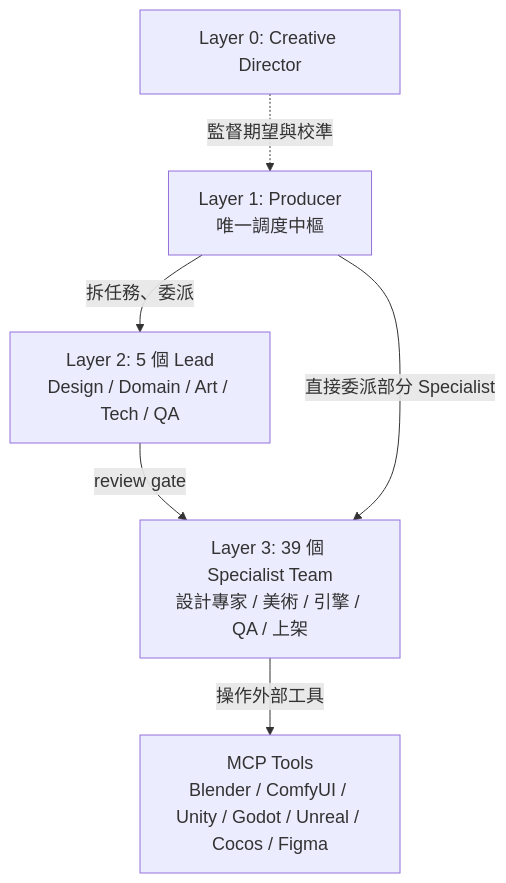
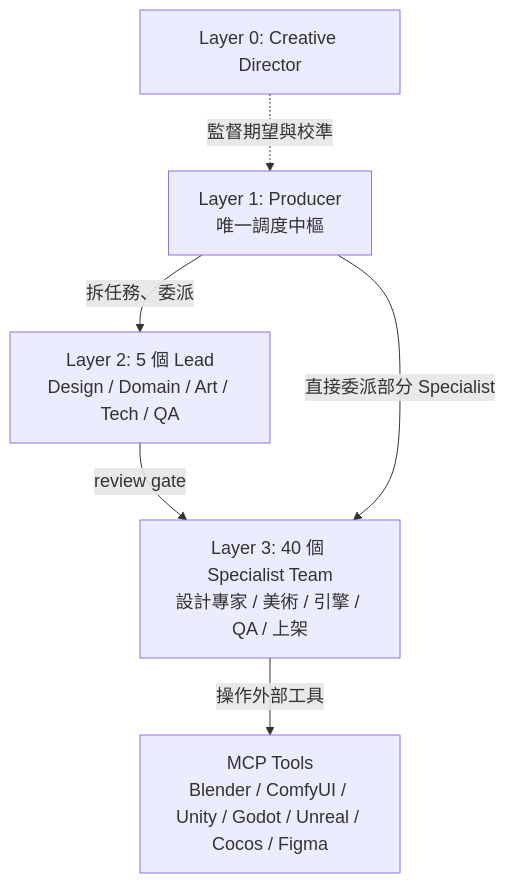
Before and after one commit to hoycdanny/kiro-multi-agent-game-studio: the first of 2 diagrams in README.md, drawn with Mermaid. The commit also changed other lines of this file and 11 other files, not shown here.

````diff
--- a/README.md
+++ b/README.md
@@ -276,15 +279,15 @@
 ```mermaid
 %%{init: {'themeVariables': {'fontSize': '18px'}}}%%
 graph TD
     CD[Layer 0: Creative Director]
     P[Layer 1: Producer<br/>唯一調度中樞]
     L2[Layer 2: 5 個 Lead<br/>Design / Domain / Art / Tech / QA]
-    L3[Layer 3: 39 個 Specialist Team<br/>設計專家 / 美術 / 引擎 / QA / 上架]
+    L3[Layer 3: 40 個 Specialist Team<br/>設計專家 / 美術 / 引擎 / QA / 上架]
     MCP[MCP Tools<br/>Blender / ComfyUI / Unity / Godot / Unreal / Cocos / Figma]
 
     CD -.->|監督期望與校準| P
     P -->|拆任務、委派| L2
     L2 -->|review gate| L3
     P -->|直接委派部分 Specialist| L3
     L3 -->|操作外部工具| MCP
 ```
````
